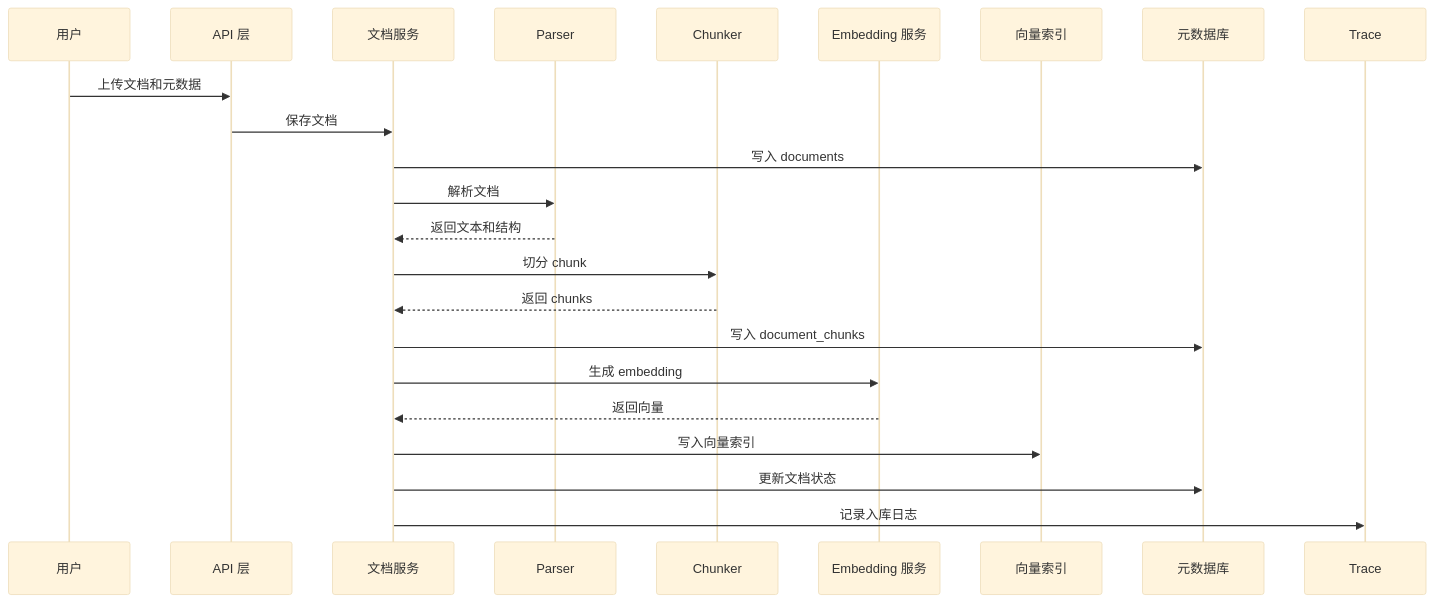
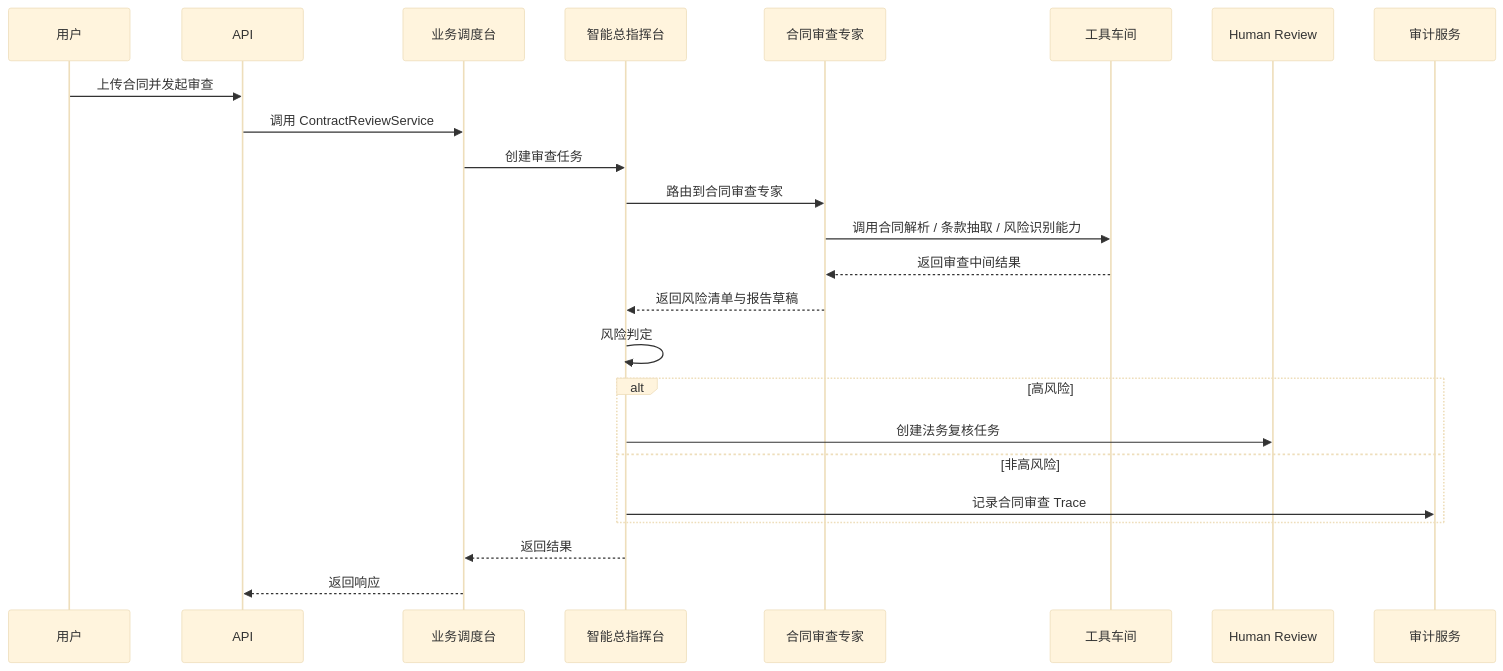
The eighth of 10 diagrams in docs/ARCHITECTURE.md (zhangzhijin1018/enterprise-knowledge-agentic-rag), drawn with Mermaid (base theme) before and after one commit. The commit also changed other lines of this file and 4 other files, not shown here.

````diff
--- a/docs/ARCHITECTURE.md
+++ b/docs/ARCHITECTURE.md
@@ -1165,26 +1313,27 @@
 ```mermaid
 sequenceDiagram
     participant User as 用户
-    participant API as API 层
-    participant Doc as 文档服务
-    participant Parser as Parser
-    participant Chunker as Chunker
-    participant Emb as Embedding 服务
-    participant Vector as 向量索引
-    participant Meta as 元数据库
-    participant Trace as Trace
+    participant API as API
+    participant APP as 业务调度台
+    participant Control as 智能总指挥台
+    participant Contract as 合同审查专家
+    participant Fabric as 工具车间
+    participant Review as Human Review
+    participant Trace as 审计服务
 
-    User->>API: 上传文档和元数据
-    API->>Doc: 保存文档
-    Doc->>Meta: 写入 documents
-    Doc->>Parser: 解析文档
-    Parser-->>Doc: 返回文本和结构
-    Doc->>Chunker: 切分 chunk
-    Chunker-->>Doc: 返回 chunks
-    Doc->>Meta: 写入 document_chunks
-    Doc->>Emb: 生成 embedding
-    Emb-->>Doc: 返回向量
-    Doc->>Vector: 写入向量索引
-    Doc->>Meta: 更新文档状态
-    Doc->>Trace: 记录入库日志
+    User->>API: 上传合同并发起审查
+    API->>APP: 调用 ContractReviewService
+    APP->>Control: 创建审查任务
+    Control->>Contract: 路由到合同审查专家
+    Contract->>Fabric: 调用合同解析 / 条款抽取 / 风险识别能力
+    Fabric-->>Contract: 返回审查中间结果
+    Contract-->>Control: 返回风险清单与报告草稿
+    Control->>Control: 风险判定
+    alt 高风险
+        Control->>Review: 创建法务复核任务
+    else 非高风险
+        Control->>Trace: 记录合同审查 Trace
+    end
+    Control-->>APP: 返回结果
+    APP-->>API: 返回响应
 ```
````
